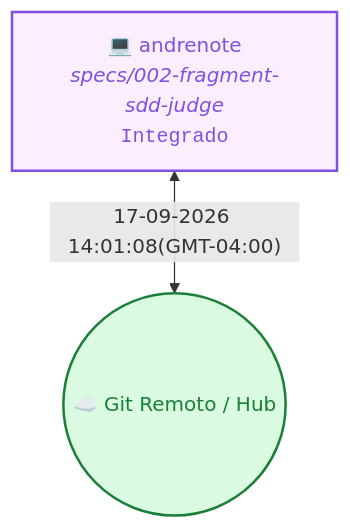
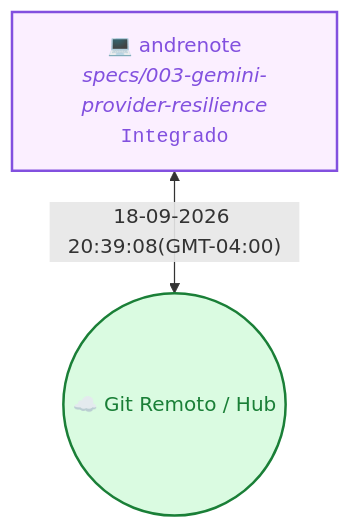
One commit to vitalia-platform/vitalia-sdd-context changed the diagram in README.md. Above: the diagram before and after it, drawn with Mermaid. The commit also changed other lines of this file and 11 other files, not shown here.

````diff
--- a/README.md
+++ b/README.md
@@ -20,8 +20,8 @@
 ```mermaid
 flowchart TD
   Cloud(("☁️ Git Remoto / Hub"))
-  M_7f367bd3["💻 andrenote<br/><i>specs/002-fragment-sdd-judge</i><br/><code>Integrado</code>"]
-  M_7f367bd3 <-->|"17-09-2026 14:01:08(GMT-04:00)"| Cloud
+  M_7f367bd3["💻 andrenote<br/><i>specs/003-gemini-provider-resilience</i><br/><code>Integrado</code>"]
+  M_7f367bd3 <-->|"18-09-2026 20:39:08(GMT-04:00)"| Cloud
   style M_7f367bd3 stroke:#8250df,stroke-width:2px,fill:#fbefff,color:#8250df
   style Cloud stroke:#1a7f37,stroke-width:2px,fill:#dafbe1,color:#1a7f37
 ```
````
